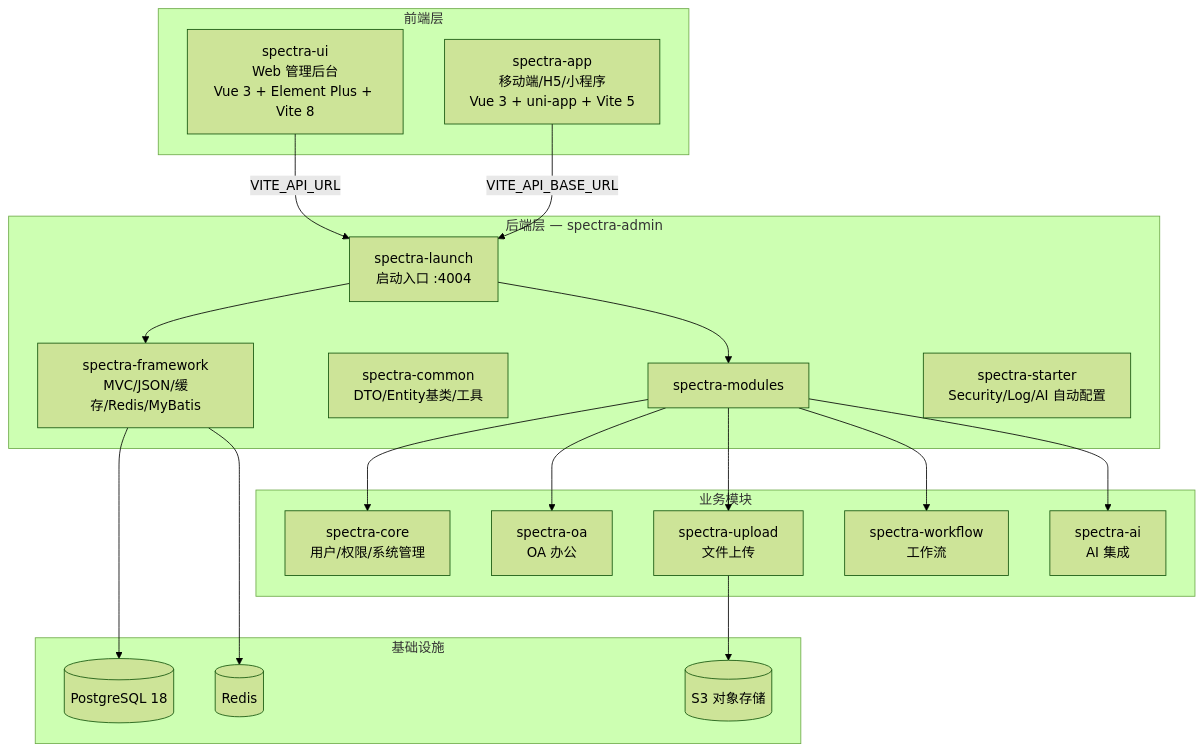
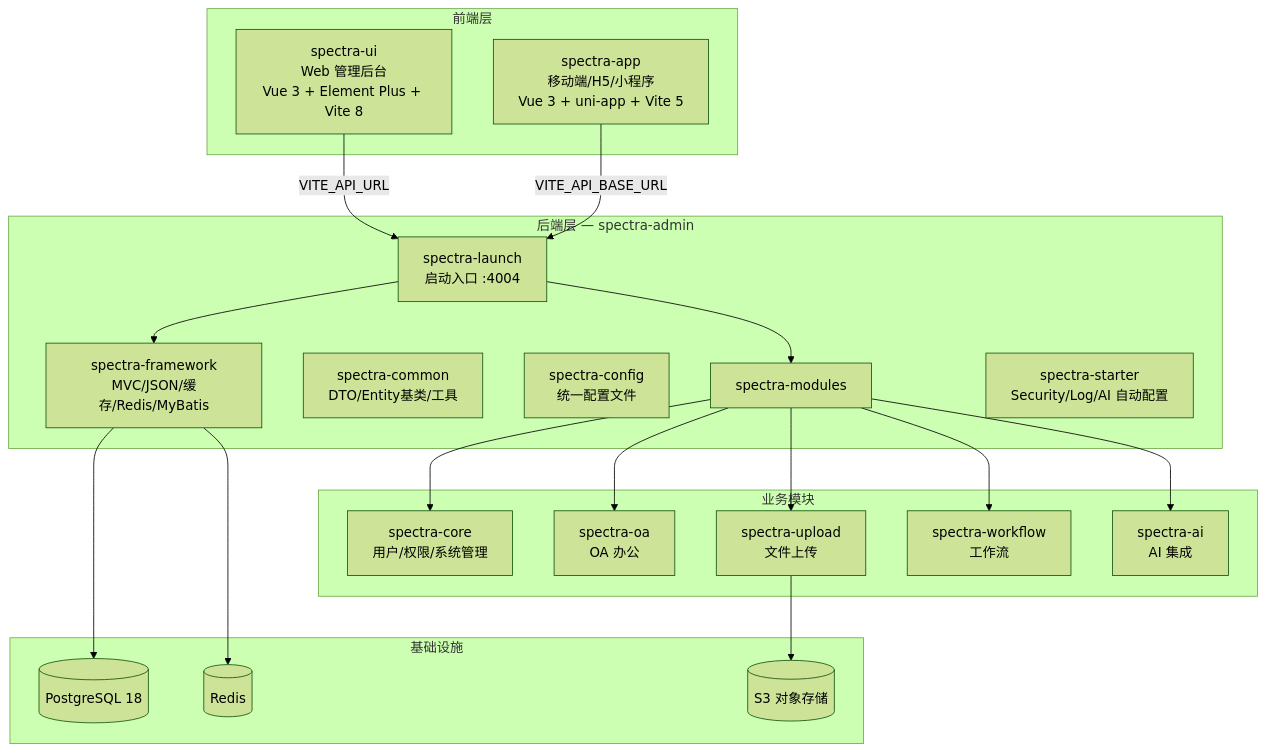
One commit to yangxj96/spectra-docs changed the diagram in docs/00-项目总览.md. Above: the diagram before and after it, drawn with Mermaid (forest theme). The commit also changed other lines of this file and 1 other file, not shown here.

Commit message:
docs: 同步更新配置集中化后的模块架构文档

````diff
--- a/docs/00-项目总览.md
+++ b/docs/00-项目总览.md
@@ -14,42 +14,43 @@
 ```mermaid
 graph TB
     subgraph "前端层"
         UI["spectra-ui<br/>Web 管理后台<br/>Vue 3 + Element Plus + Vite 8"]
         APP["spectra-app<br/>移动端/H5/小程序<br/>Vue 3 + uni-app + Vite 5"]
     end
 
     subgraph "后端层 — spectra-admin"
         LAUNCH["spectra-launch<br/>启动入口 :4004"]
         FW["spectra-framework<br/>MVC/JSON/缓存/Redis/MyBatis"]
         COMMON["spectra-common<br/>DTO/Entity基类/工具"]
+        CONFIG["spectra-config<br/>统一配置文件"]
         MODULES["spectra-modules"]
         STARTER["spectra-starter<br/>Security/Log/AI 自动配置"]
     end
 
     subgraph "业务模块"
         CORE["spectra-core<br/>用户/权限/系统管理"]
         OA["spectra-oa<br/>OA 办公"]
         UPLOAD["spectra-upload<br/>文件上传"]
         WF["spectra-workflow<br/>工作流"]
         AI["spectra-ai<br/>AI 集成"]
     end
 
     subgraph "基础设施"
         PG[("PostgreSQL 18")]
         REDIS[("Redis")]
         S3[("S3 对象存储")]
     end
 
     UI -->|"VITE_API_URL"| LAUNCH
     APP -->|"VITE_API_BASE_URL"| LAUNCH
     LAUNCH --> FW
     LAUNCH --> MODULES
     MODULES --> CORE
     MODULES --> OA
     MODULES --> UPLOAD
     MODULES --> WF
     MODULES --> AI
     FW --> PG
     FW --> REDIS
     UPLOAD --> S3
 ```
````
